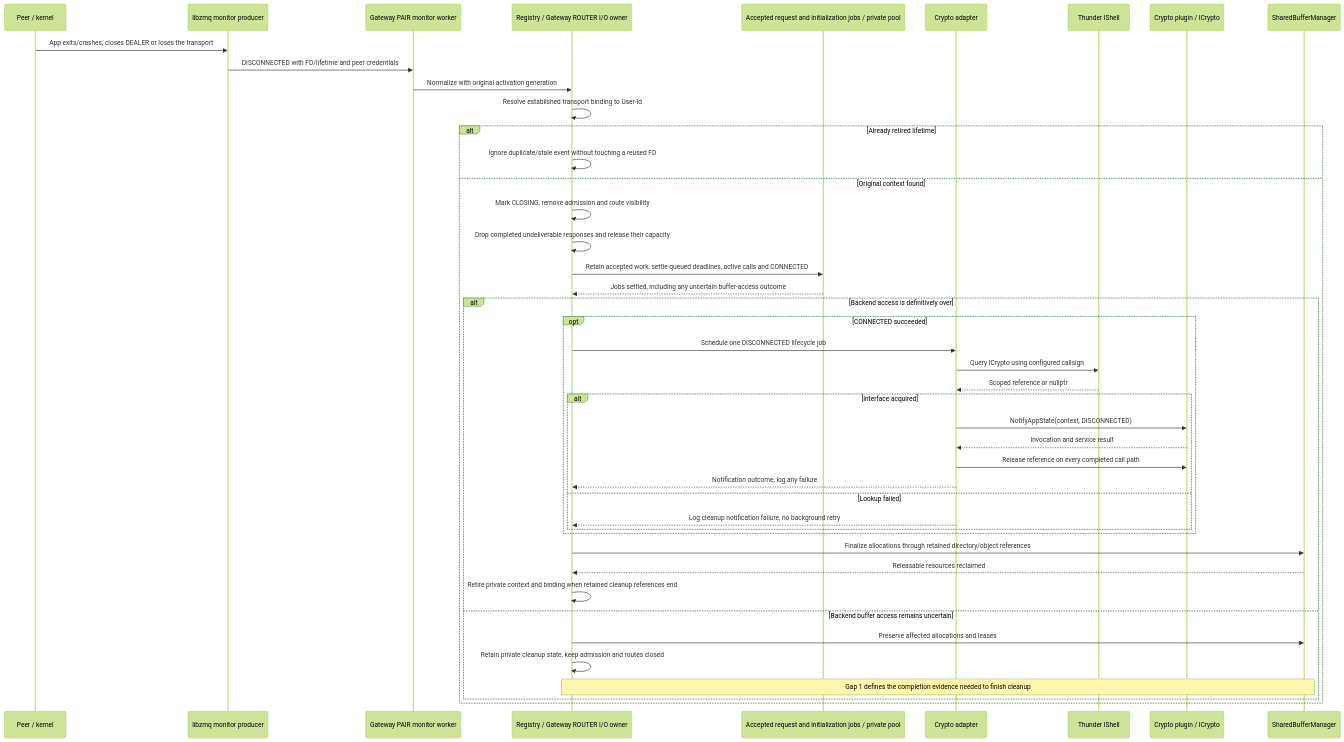
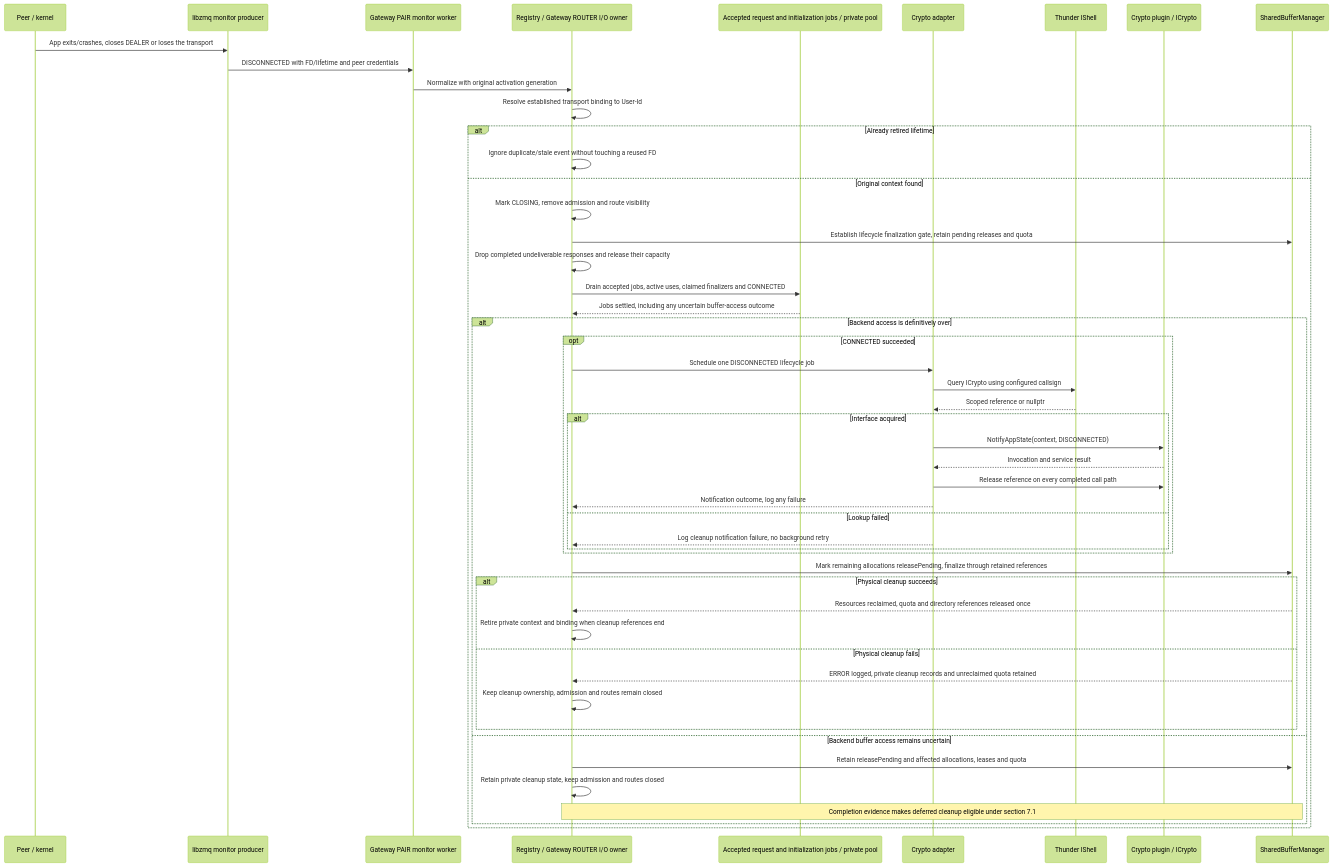
Before and after one commit to rdkcentral/eyil-secure-gateway: diagram 32 of 37 in doc/EyilSecureGateway.md, drawn with Mermaid (forest theme). The commit also changed other lines of this file, not shown here.

````diff
--- a/doc/EyilSecureGateway.md
+++ b/doc/EyilSecureGateway.md
@@ -4267,46 +4498,52 @@
 ```mermaid
 sequenceDiagram
     participant P as Peer / kernel
     participant Z as libzmq monitor producer
     participant M as Gateway PAIR monitor worker
     participant REG as Registry / Gateway ROUTER I/O owner
     participant J as Accepted request and initialization jobs / private pool
     participant C as Crypto adapter
     participant T as Thunder IShell
     participant CP as Crypto plugin / ICrypto
     participant B as SharedBufferManager
     P->>Z: App exits/crashes, closes DEALER or loses the transport
     Z->>M: DISCONNECTED with FD/lifetime and peer credentials
     M->>REG: Normalize with original activation generation
     REG->>REG: Resolve established transport binding to User-Id
     alt Already retired lifetime
         REG->>REG: Ignore duplicate/stale event without touching a reused FD
     else Original context found
         REG->>REG: Mark CLOSING, remove admission and route visibility
+        REG->>B: Establish lifecycle finalization gate, retain pending releases and quota
         REG->>REG: Drop completed undeliverable responses and release their capacity
-        REG->>J: Retain accepted work, settle queued deadlines, active calls and CONNECTED
+        REG->>J: Drain accepted jobs, active uses, claimed finalizers and CONNECTED
         J-->>REG: Jobs settled, including any uncertain buffer-access outcome
         alt Backend access is definitively over
             opt CONNECTED succeeded
                 REG->>C: Schedule one DISCONNECTED lifecycle job
                 C->>T: Query ICrypto using configured callsign
                 T-->>C: Scoped reference or nullptr
                 alt Interface acquired
                     C->>CP: NotifyAppState(context, DISCONNECTED)
                     CP-->>C: Invocation and service result
                     C->>CP: Release reference on every completed call path
                     C-->>REG: Notification outcome, log any failure
                 else Lookup failed
                     C-->>REG: Log cleanup notification failure, no background retry
                 end
             end
-            REG->>B: Finalize allocations through retained directory/object references
-            B-->>REG: Releasable resources reclaimed
-            REG->>REG: Retire private context and binding when retained cleanup references end
+            REG->>B: Mark remaining allocations releasePending, finalize through retained references
+            alt Physical cleanup succeeds
+                B-->>REG: Resources reclaimed, quota and directory references released once
+                REG->>REG: Retire private context and binding when cleanup references end
+            else Physical cleanup fails
+                B-->>REG: ERROR logged, private cleanup records and unreclaimed quota retained
+                REG->>REG: Keep cleanup ownership, admission and routes remain closed
+            end
         else Backend buffer access remains uncertain
-            REG->>B: Preserve affected allocations and leases
+            REG->>B: Retain releasePending and affected allocations, leases and quota
             REG->>REG: Retain private cleanup state, keep admission and routes closed
-            Note over REG,B: Gap 1 defines the completion evidence needed to finish cleanup
+            Note over REG,B: Completion evidence makes deferred cleanup eligible under section 7.1
         end
     end
 ```
````
